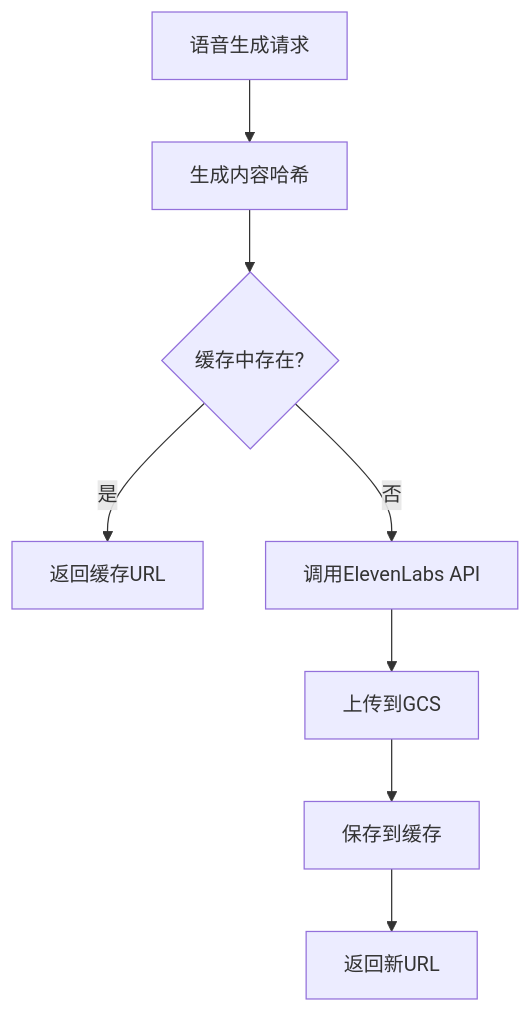
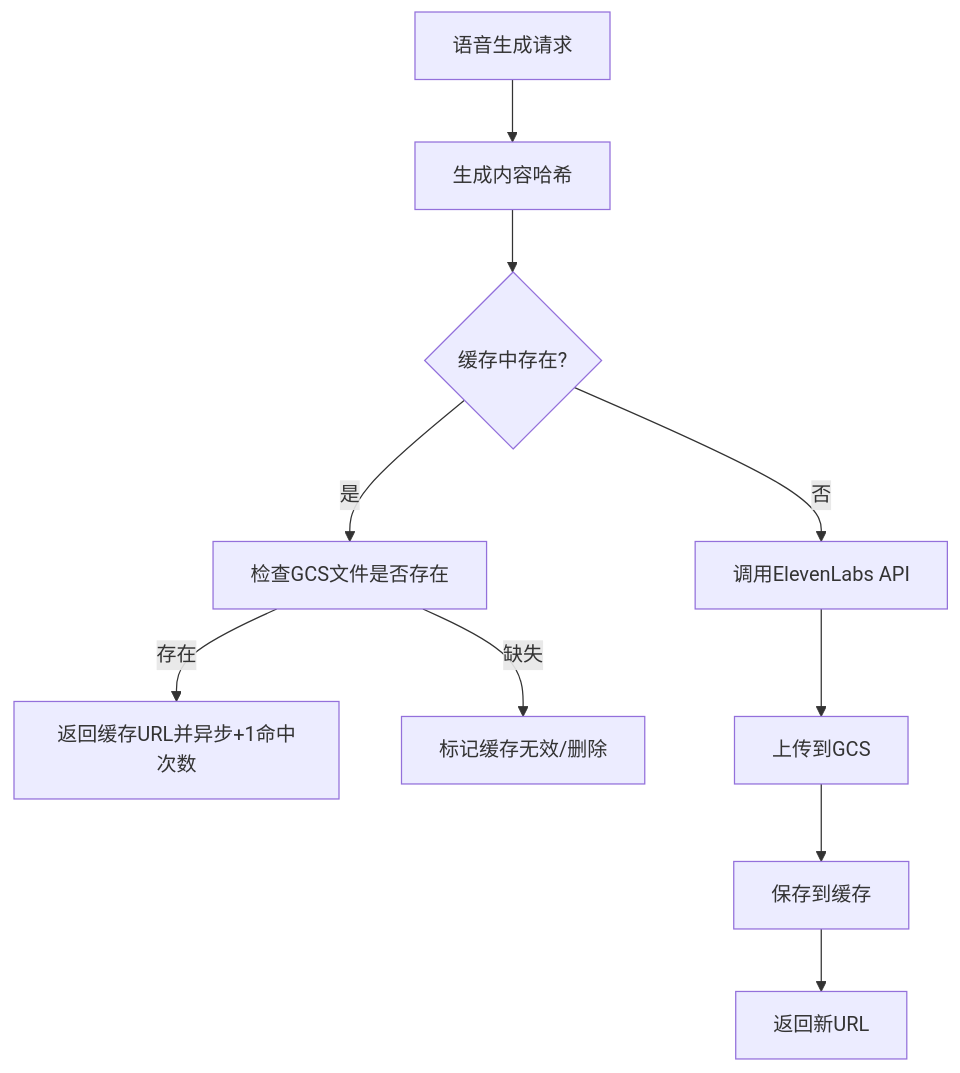
One commit to NascentCore/inty changed the diagram in docs/AI_VOICE_SYSTEM.md. Above: the diagram before and after it, drawn with Mermaid. The commit also changed other lines of this file and 1 other file, not shown here.

````diff
--- a/docs/AI_VOICE_SYSTEM.md
+++ b/docs/AI_VOICE_SYSTEM.md
@@ -219,10 +252,12 @@
 ```mermaid
 graph TD
     A[语音生成请求] --> B[生成内容哈希]
     B --> C{缓存中存在?}
-    C -->|是| D[返回缓存URL]
-    C -->|否| E[调用ElevenLabs API]
-    E --> F[上传到GCS]
-    F --> G[保存到缓存]
-    G --> H[返回新URL]
+    C -->|是| D[检查GCS文件是否存在]
+    D -->|存在| E[返回缓存URL并异步+1命中次数]
+    D -->|缺失| F[标记缓存无效/删除]
+    C -->|否| G[调用ElevenLabs API]
+    G --> H[上传到GCS]
+    H --> I[保存到缓存]
+    I --> J[返回新URL]
 ```
````
